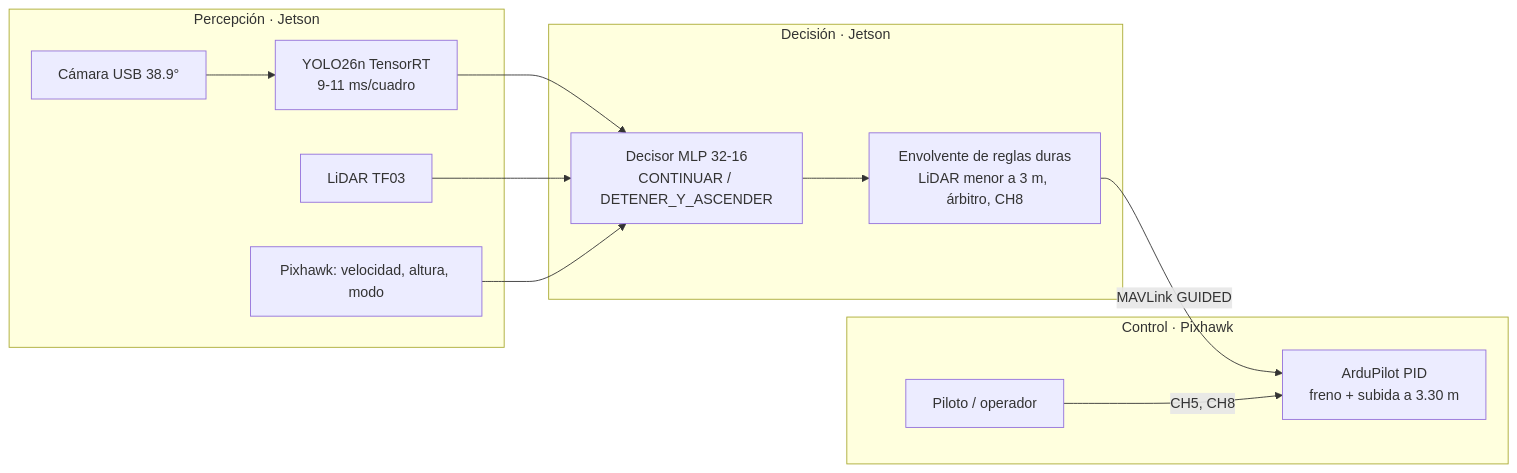
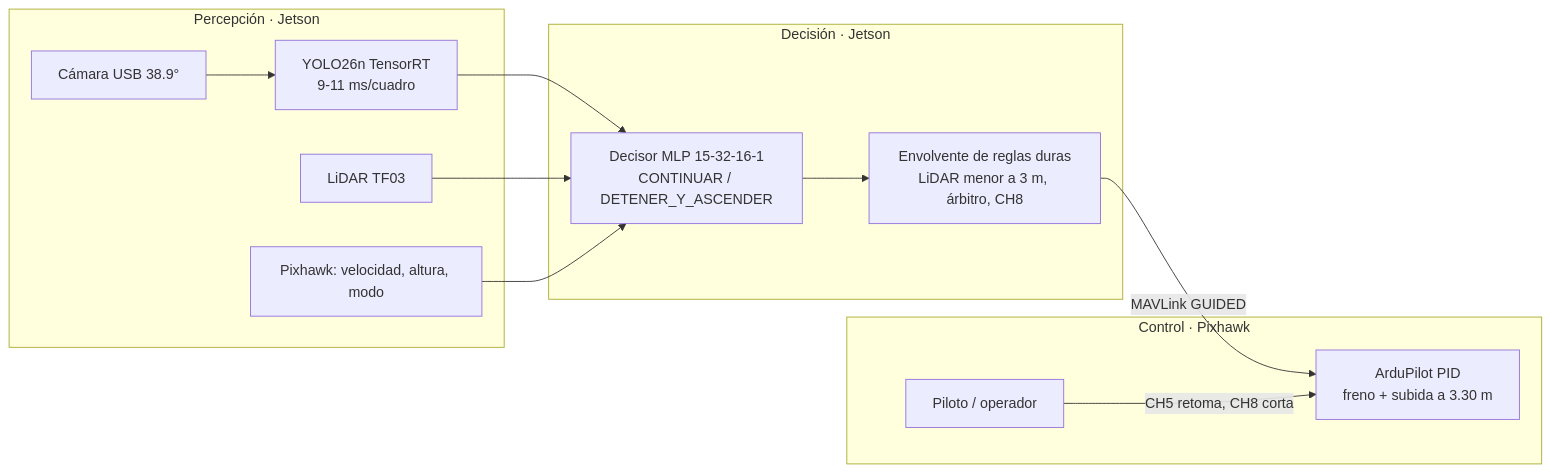
Before and after one commit to brahianorrego/Talos-AI: the diagram in README.md, drawn with Mermaid. The commit also changed other lines of this file and 13 other files, not shown here.

First line of the commit message:
README completo con fotos del montaje, diagramas y resultados

````diff
--- a/README.md
+++ b/README.md
@@ -13,18 +88,18 @@
 ```mermaid
 flowchart LR
     subgraph P[Percepción · Jetson]
         CAM[Cámara USB 38.9°] --> YOLO[YOLO26n TensorRT<br/>9-11 ms/cuadro]
         LID[LiDAR TF03]
         PX[Pixhawk: velocidad, altura, modo]
     end
     subgraph D[Decisión · Jetson]
-        YOLO --> DEC[Decisor MLP 32-16<br/>CONTINUAR / DETENER_Y_ASCENDER]
+        YOLO --> DEC[Decisor MLP 15-32-16-1<br/>CONTINUAR / DETENER_Y_ASCENDER]
         LID --> DEC
         PX --> DEC
         DEC --> ENV[Envolvente de reglas duras<br/>LiDAR menor a 3 m, árbitro, CH8]
     end
     subgraph C[Control · Pixhawk]
         ENV -->|MAVLink GUIDED| AP[ArduPilot PID<br/>freno + subida a 3.30 m]
-        OP[Piloto / operador] -->|CH5, CH8| AP
+        OP[Piloto / operador] -->|CH5 retoma, CH8 corta| AP
     end
 ```
````
